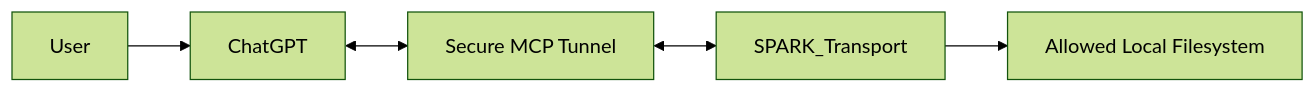
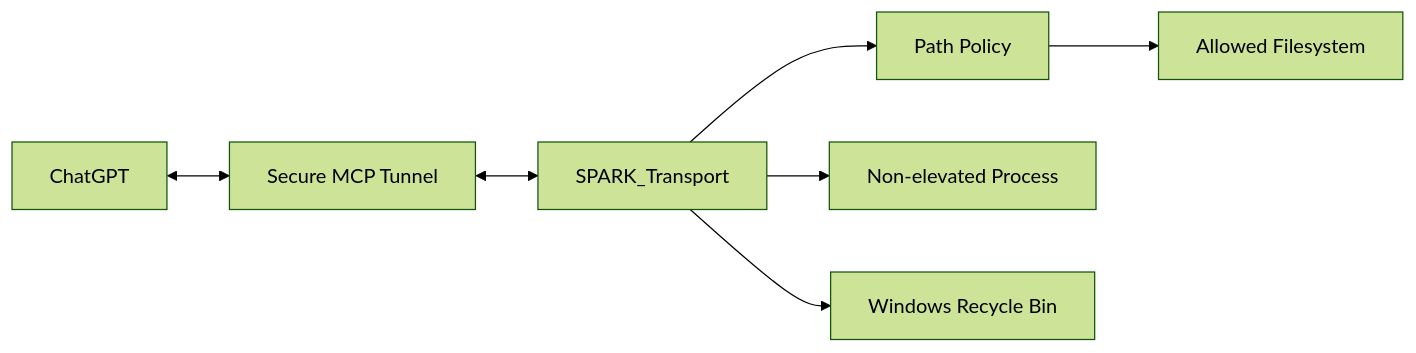
One commit to spark00000/SPARK changed the first of 2 diagrams in docs/ARCH.md. Above: the diagram before and after it, drawn with Mermaid (forest theme). The commit also changed other lines of this file and 36 other files, not shown here.

````diff
--- a/docs/ARCH.md
+++ b/docs/ARCH.md
@@ -74,13 +19,7 @@
 ```mermaid
 flowchart LR
-    U[User]
-    C[ChatGPT]
-    T[Secure MCP Tunnel]
-    D[SPARK_Transport]
-    F[Allowed Local Filesystem]
-
-    U --> C
-    C <--> T
-    T <--> D
-    D --> F
+ C[ChatGPT] <--> T[Secure MCP Tunnel] <--> D[SPARK_Transport]
+ D --> P[Path Policy] --> F[Allowed Filesystem]
+ D --> X[Non-elevated Process]
+ D --> R[Windows Recycle Bin]
 ```
````
